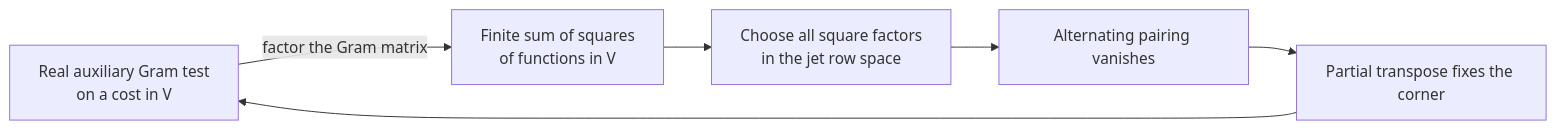
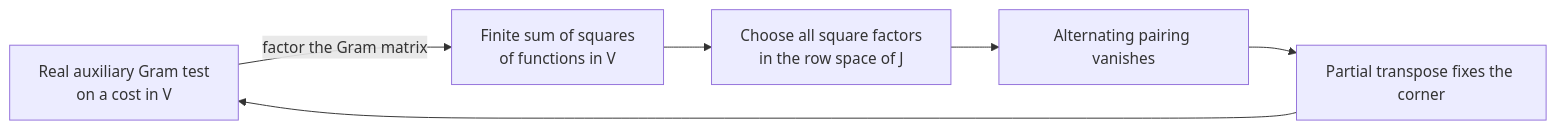
The diagram in Docs/order-four-real-matching-squares-proof-map.md (ascendnoosphere/MOC), drawn with Mermaid before and after one commit. The commit also changed other lines of this file and 148 other files, not shown here.

````diff
--- a/Docs/order-four-real-matching-squares-proof-map.md
+++ b/Docs/order-four-real-matching-squares-proof-map.md
@@ -52,13 +52,13 @@
 ```mermaid
 flowchart LR
     Gram["Real auxiliary Gram test<br/>on a cost in V"]
     SOS["Finite sum of squares<br/>of functions in V"]
-    RowSpace["Choose all square factors<br/>in the jet row space"]
+    RowSpace["Choose all square factors<br/>in the row space of J"]
     Pairing["Alternating pairing vanishes"]
     Fixed["Partial transpose fixes the corner"]
     Gram -->|factor the Gram matrix| SOS
     SOS --> RowSpace
     RowSpace --> Pairing
     Pairing --> Fixed
     Fixed --> Gram
 ```
````
